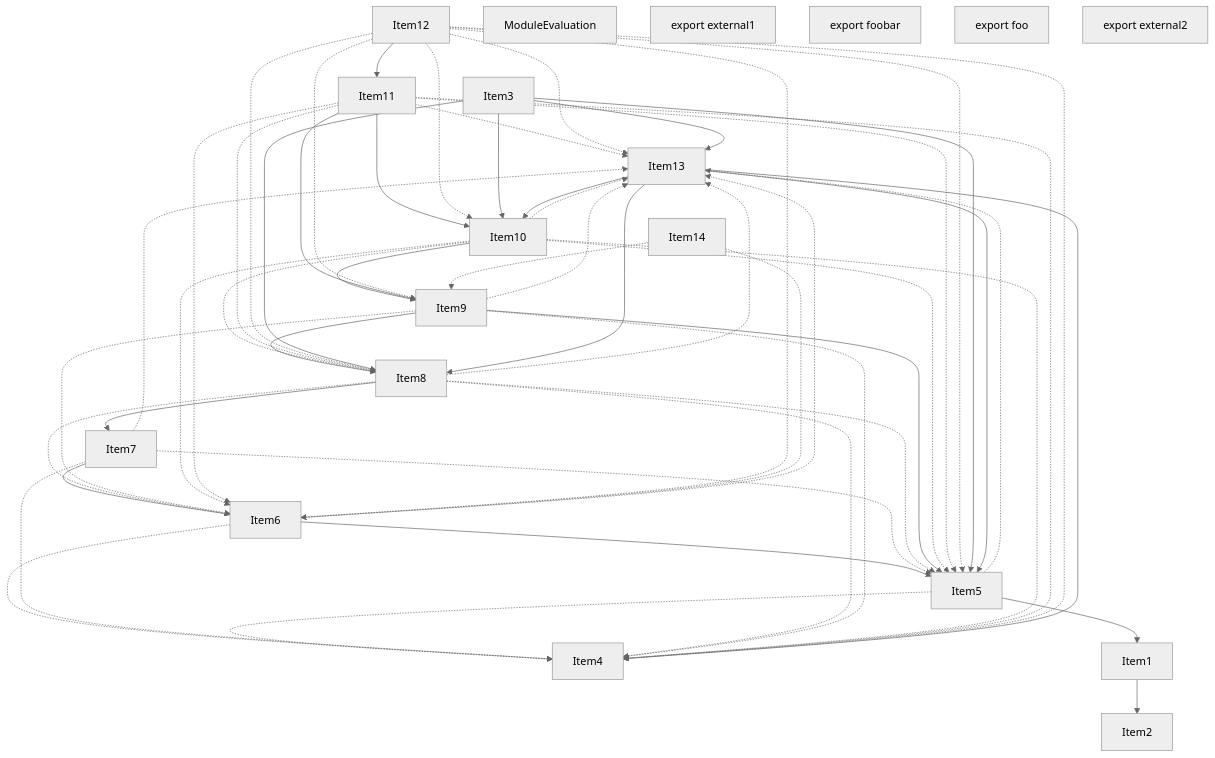
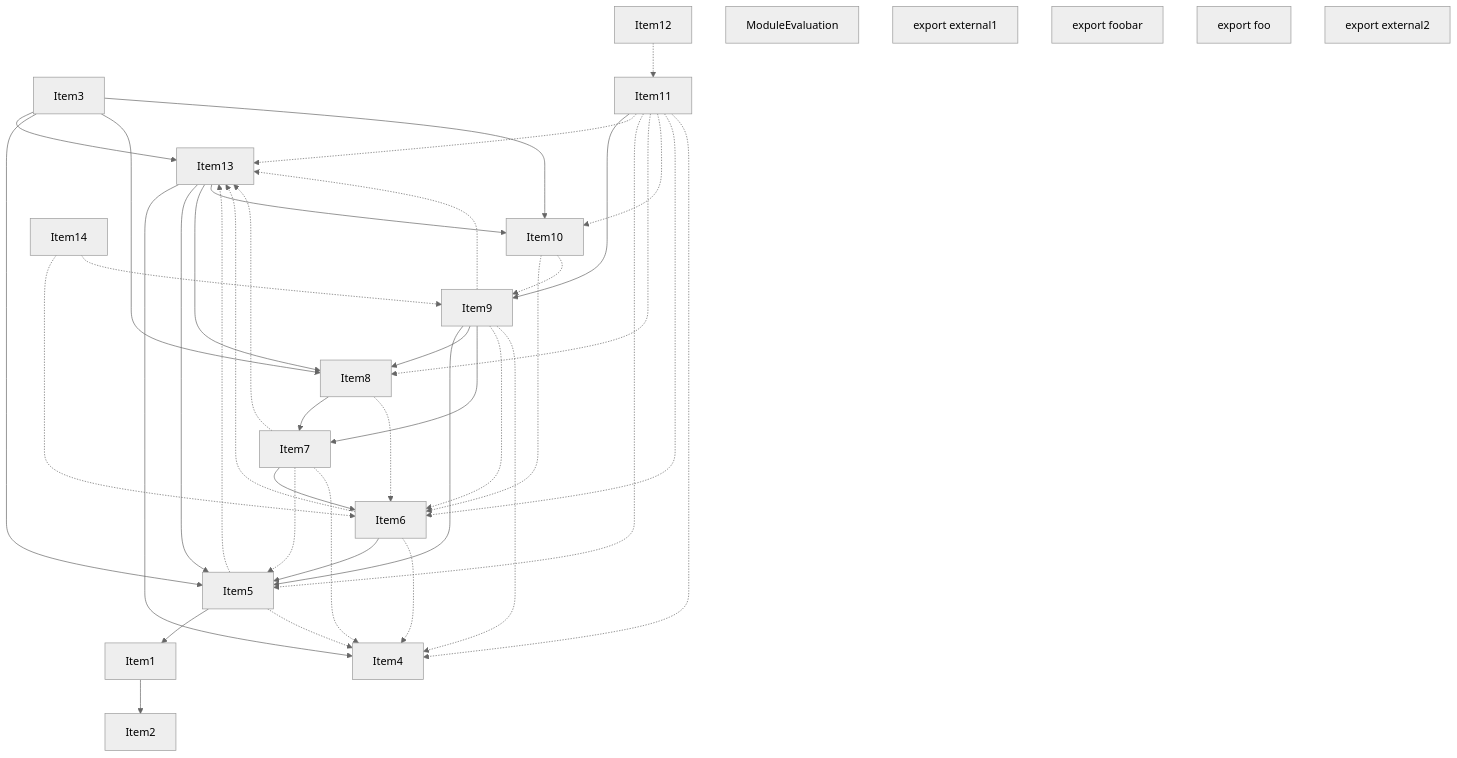
One commit to vercel/turborepo changed the third of 4 diagrams in crates/turbopack-ecmascript/tests/tree-shaker/analyzer/2/output.md. Above: the diagram before and after it, drawn with Mermaid (neutral theme). The commit also changed other lines of this file and 2 other files, not shown here.

````diff
--- a/crates/turbopack-ecmascript/tests/tree-shaker/analyzer/2/output.md
+++ b/crates/turbopack-ecmascript/tests/tree-shaker/analyzer/2/output.md
@@ -252,79 +236,66 @@
 ```mermaid
 graph TD
     Item3;
     Item2;
     Item4;
     Item5;
     Item6;
     Item7;
     Item8;
     Item9;
     Item10;
     Item11;
     Item12;
     Item13;
     Item14;
     Item1;
     Item15;
     Item15["ModuleEvaluation"];
     Item16;
     Item16["export external1"];
     Item17;
     Item17["export foobar"];
     Item18;
     Item18["export foo"];
     Item19;
     Item19["export external2"];
     Item1 --> Item2;
     Item5 --> Item1;
     Item5 -.-> Item13;
     Item5 -.-> Item4;
     Item6 --> Item5;
     Item6 -.-> Item13;
     Item6 -.-> Item4;
     Item7 --> Item6;
     Item7 -.-> Item13;
     Item7 -.-> Item5;
     Item7 -.-> Item4;
     Item8 --> Item7;
     Item8 -.-> Item6;
-    Item8 -.-> Item13;
-    Item8 -.-> Item5;
-    Item8 -.-> Item4;
     Item9 --> Item5;
     Item9 --> Item8;
+    Item9 --> Item7;
     Item9 -.-> Item13;
     Item9 -.-> Item6;
     Item9 -.-> Item4;
     Item10 -.-> Item6;
-    Item10 --> Item9;
-    Item10 -.-> Item13;
-    Item10 -.-> Item5;
-    Item10 -.-> Item8;
-    Item10 -.-> Item4;
+    Item10 -.-> Item9;
     Item11 --> Item9;
-    Item11 --> Item10;
     Item11 -.-> Item13;
     Item11 -.-> Item5;
     Item11 -.-> Item8;
+    Item11 -.-> Item10;
     Item11 -.-> Item6;
     Item11 -.-> Item4;
-    Item12 --> Item11;
-    Item12 -.-> Item13;
-    Item12 -.-> Item5;
-    Item12 -.-> Item8;
-    Item12 -.-> Item10;
-    Item12 -.-> Item6;
-    Item12 -.-> Item9;
-    Item12 -.-> Item4;
+    Item12 -.-> Item11;
     Item3 --> Item13;
     Item3 --> Item5;
     Item3 --> Item8;
     Item3 --> Item10;
     Item13 --> Item4;
     Item13 --> Item5;
     Item13 --> Item8;
     Item13 --> Item10;
     Item14 -.-> Item6;
     Item14 -.-> Item9;
 ```
````
